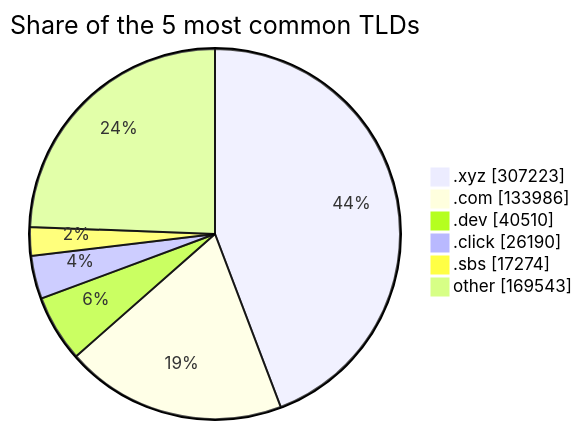
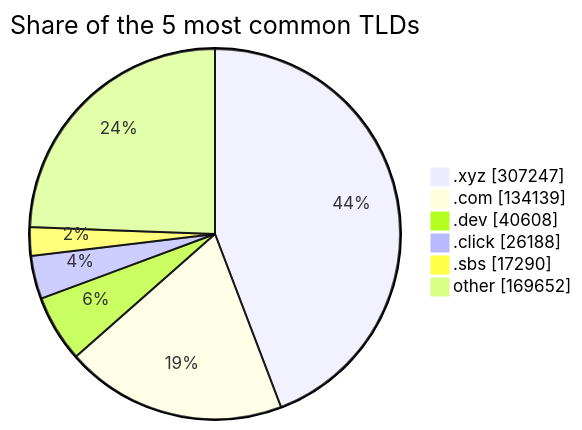
Before and after one commit to DNSBunker/CTI: the third of 3 diagrams in README.md, drawn with Mermaid. The commit also changed other lines of this file and 3 other files, not shown here.

````diff
--- a/README.md
+++ b/README.md
@@ -81,9 +81,9 @@
 ```mermaid
 pie showData title Share of the 5 most common TLDs
-    ".xyz" : 307223
-    ".com" : 133986
-    ".dev" : 40510
-    ".click" : 26190
-    ".sbs" : 17274
-    "other" : 169543
+    ".xyz" : 307247
+    ".com" : 134139
+    ".dev" : 40608
+    ".click" : 26188
+    ".sbs" : 17290
+    "other" : 169652
 ```
````
